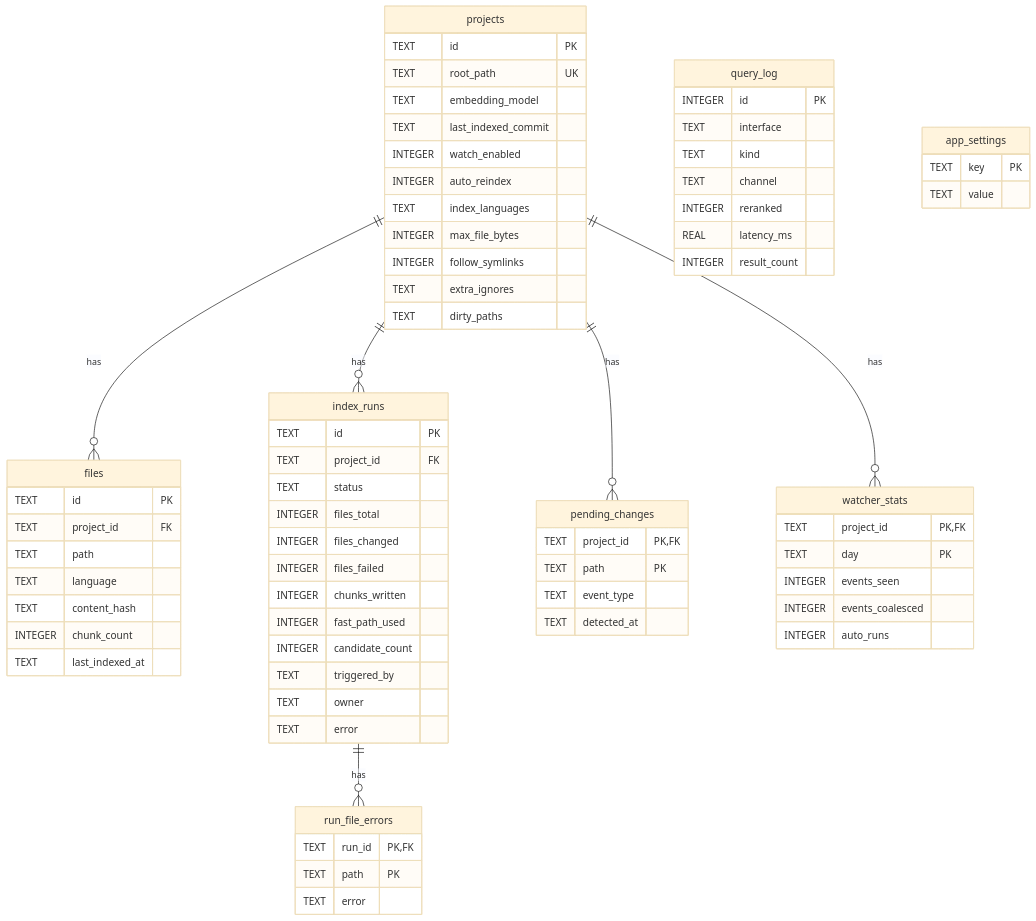
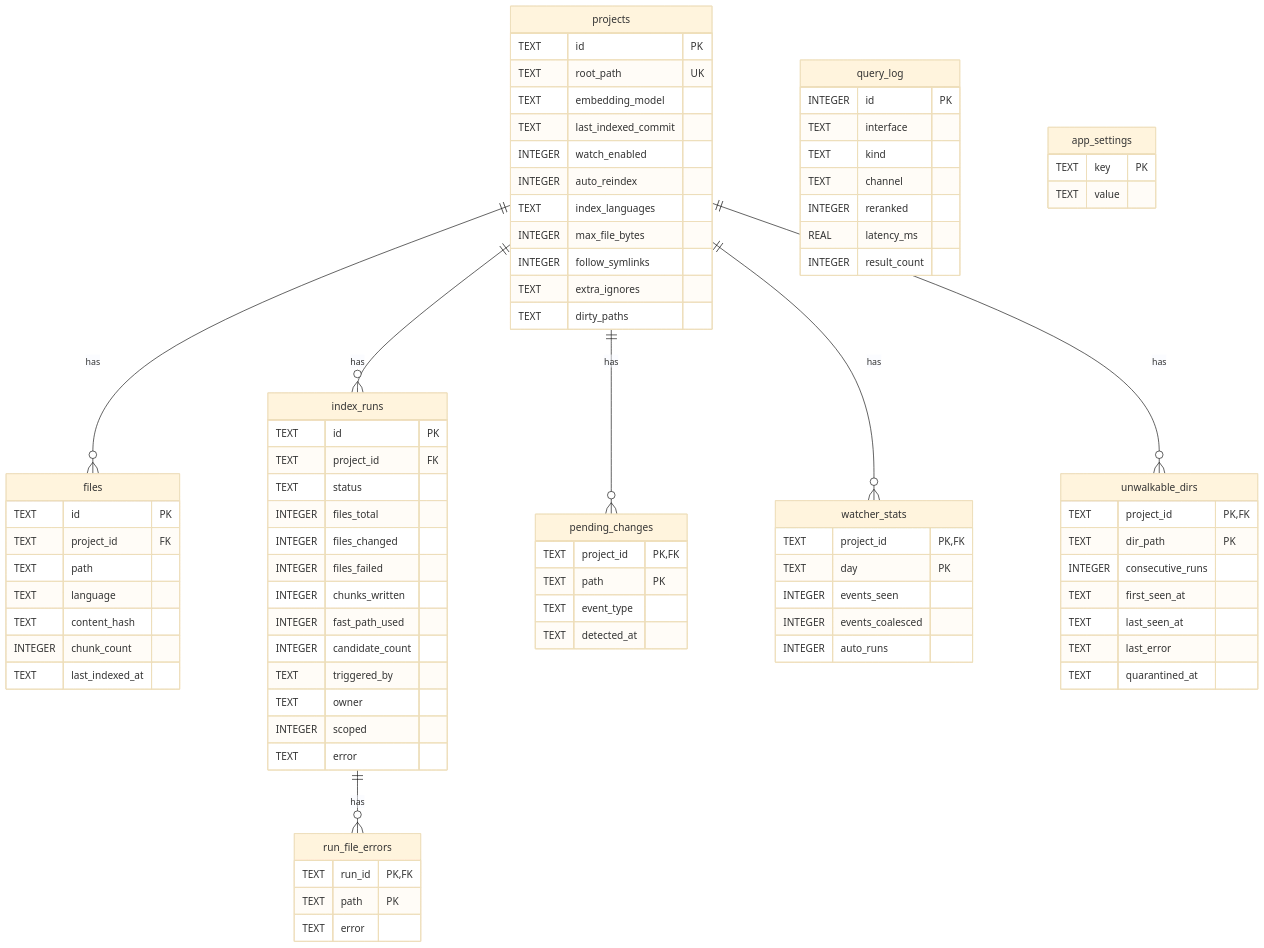
One commit to behl1anmol/Noesis changed the diagram in docs/internals/sqlite-schema.md. Above: the diagram before and after it, drawn with Mermaid (base theme). The commit also changed other lines of this file and 4 other files, not shown here.

```diff
--- a/docs/internals/sqlite-schema.md
+++ b/docs/internals/sqlite-schema.md
@@ -19,6 +19,7 @@
     projects ||--o{ index_runs : "has"
     projects ||--o{ pending_changes : "has"
     projects ||--o{ watcher_stats : "has"
+    projects ||--o{ unwalkable_dirs : "has"
     index_runs ||--o{ run_file_errors : "has"
 
     projects {
@@ -55,6 +56,7 @@
         INTEGER candidate_count
         TEXT triggered_by
         TEXT owner
+        INTEGER scoped
         TEXT error
     }
     pending_changes {
@@ -84,6 +86,15 @@
         INTEGER events_coalesced
         INTEGER auto_runs
     }
+    unwalkable_dirs {
+        TEXT project_id PK, FK
+        TEXT dir_path PK
+        INTEGER consecutive_runs
+        TEXT first_seen_at
+        TEXT last_seen_at
+        TEXT last_error
+        TEXT quarantined_at
+    }
     app_settings {
         TEXT key PK
         TEXT value
```
